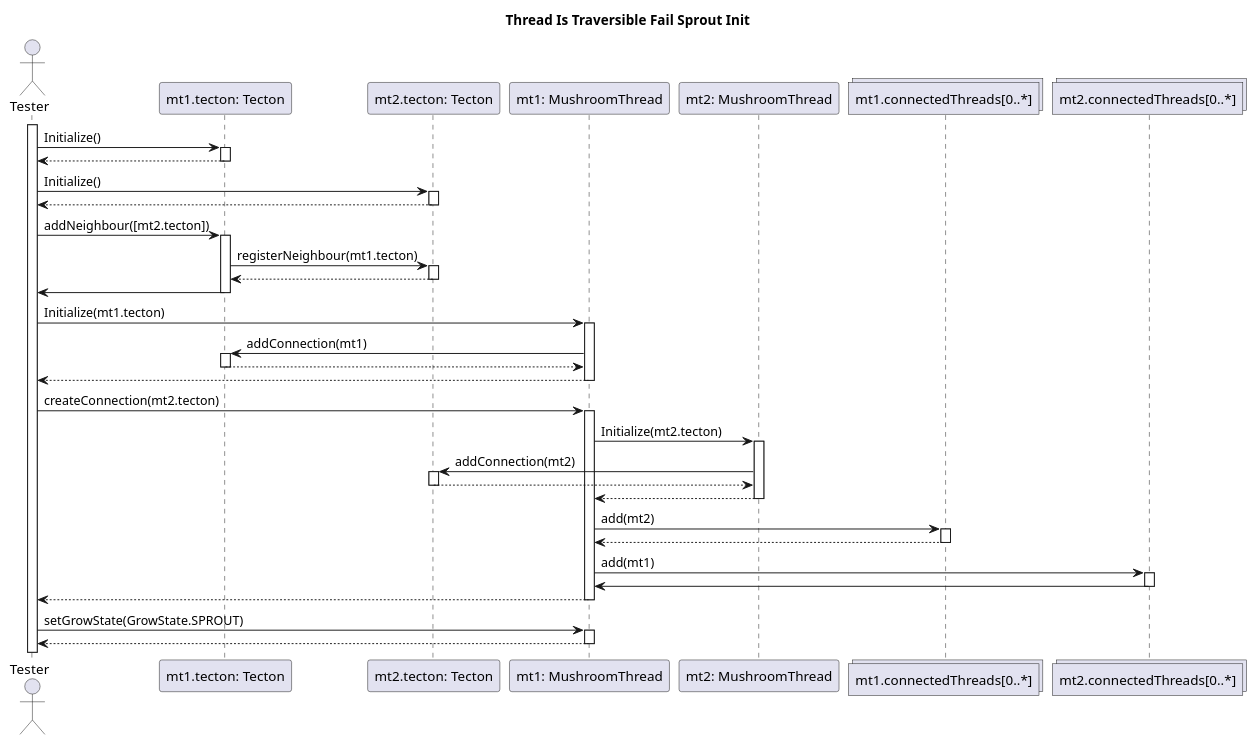
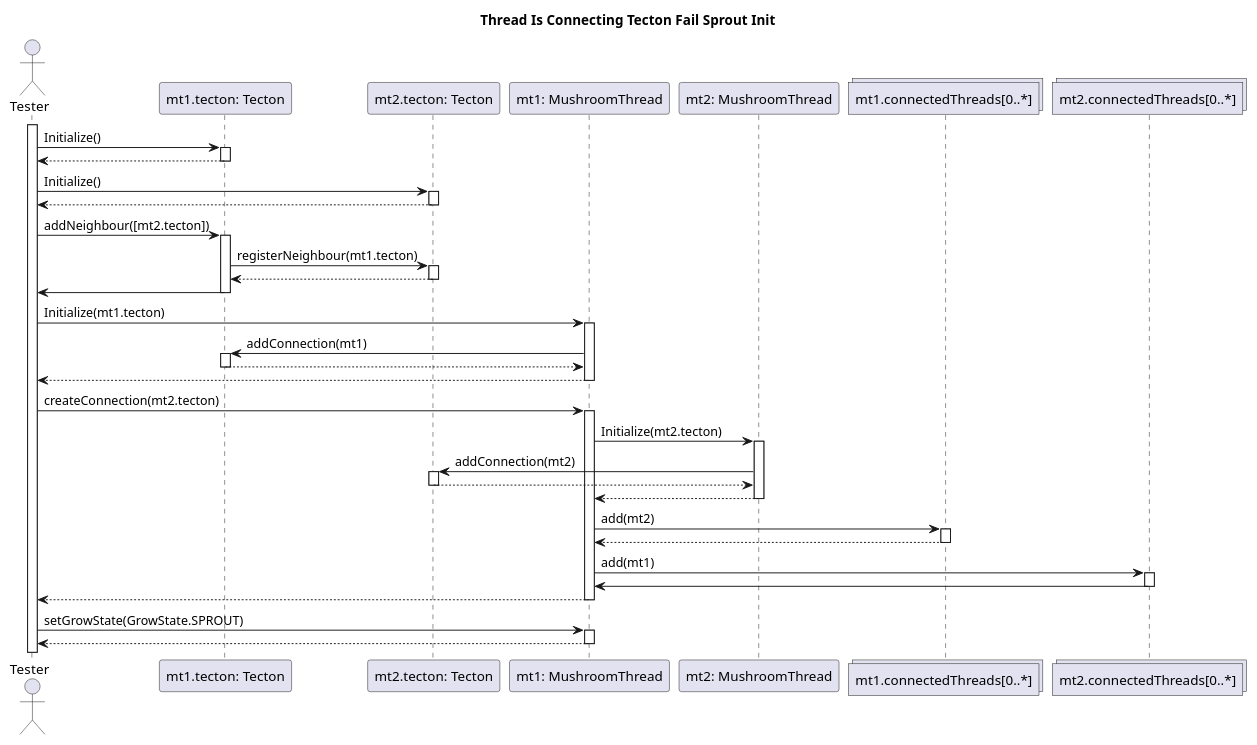
The diagram in diagrams/test-sequence/mushroom/communication-diagrams/mushroomTraversibleFailSproutComm.wsd (dzsem/projlab), drawn with PlantUML before and after one commit.

Commit message:
Added Is Connecting Tecotn sd-s and cd

```diff
--- a/diagrams/test-sequence/mushroom/communication-diagrams/mushroomTraversibleFailSproutComm.wsd
+++ b/diagrams/test-sequence/mushroom/communication-diagrams/mushroomTraversibleFailSproutComm.wsd
@@ -1,79 +1,79 @@
 @startuml Thread Is Traversible Fail Sprout
-title Thread Is Traversible Fail Sprout Init
+title Thread Is Connecting Tecton Fail Sprout Init
 
 actor "Tester" as tester
 
 participant "mt1.tecton: Tecton" as t1
 participant "mt2.tecton: Tecton" as t2
 participant "mt1: MushroomThread" as mt1
 participant "mt2: MushroomThread" as mt2
 
 collections "mt1.connectedThreads[0..*]" as ct1
 collections "mt2.connectedThreads[0..*]" as ct2
 
 activate tester
 
 'Init tectons
 tester -> t1: Initialize()
 activate t1
 t1 --> tester
 deactivate t1
 
 tester -> t2: Initialize()
 activate t2
 t2 --> tester
 deactivate t2
 
 'Add neighbours
 tester -> t1: addNeighbour([mt2.tecton])
 activate t1
 t1 -> t2: registerNeighbour(mt1.tecton)
 activate t2
 t2 --> t1
 deactivate t2
 t1 -> tester
 deactivate t1
 
 'Add threads
 tester -> mt1: Initialize(mt1.tecton)
 activate mt1
 mt1 -> t1: addConnection(mt1)
 activate t1
 t1 --> mt1
 deactivate t1
 mt1 --> tester 
 deactivate mt1
 
 tester -> mt1: createConnection(mt2.tecton)
 activate mt1
 
 mt1 -> mt2: Initialize(mt2.tecton)
 activate mt2
 mt2 -> t2: addConnection(mt2)
 activate t2
 t2 --> mt2
 deactivate t2
 mt2 --> mt1
 deactivate mt2
 
 mt1 -> ct1: add(mt2)
 activate ct1
 ct1 --> mt1
 deactivate ct1
 
 
 mt1 -> ct2: add(mt1)
 activate ct2
 ct2 -> mt1
 deactivate ct2
 
 mt1 --> tester
 deactivate mt1
 
 'Set Sprout
 tester -> mt1: setGrowState(GrowState.SPROUT)
 activate mt1
 mt1 --> tester
 deactivate mt1
 
 @enduml
```
